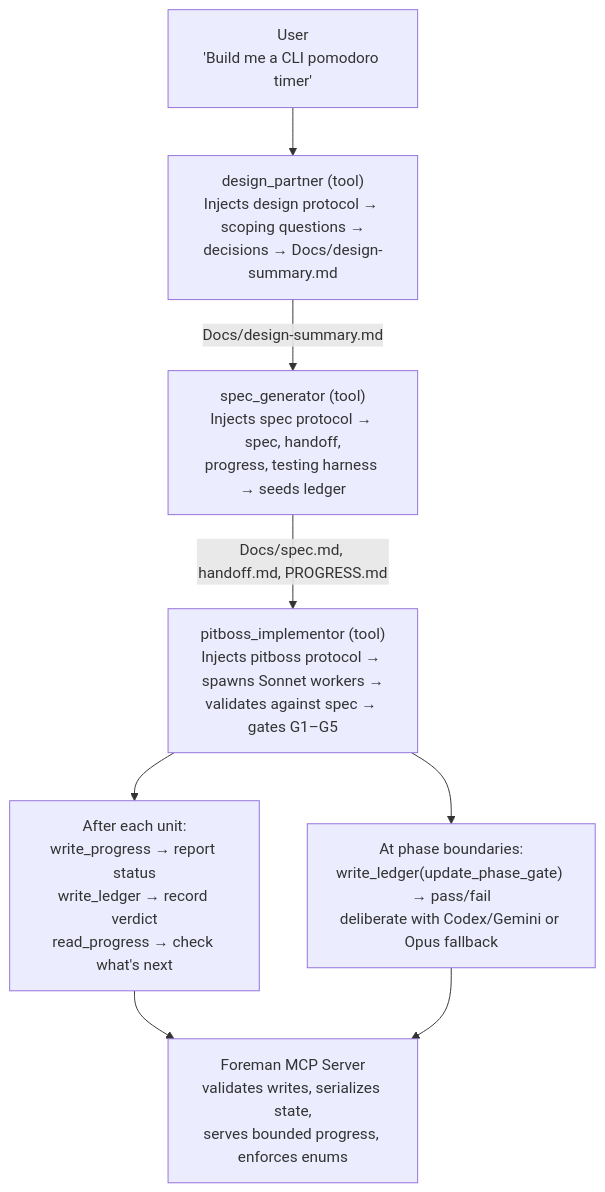
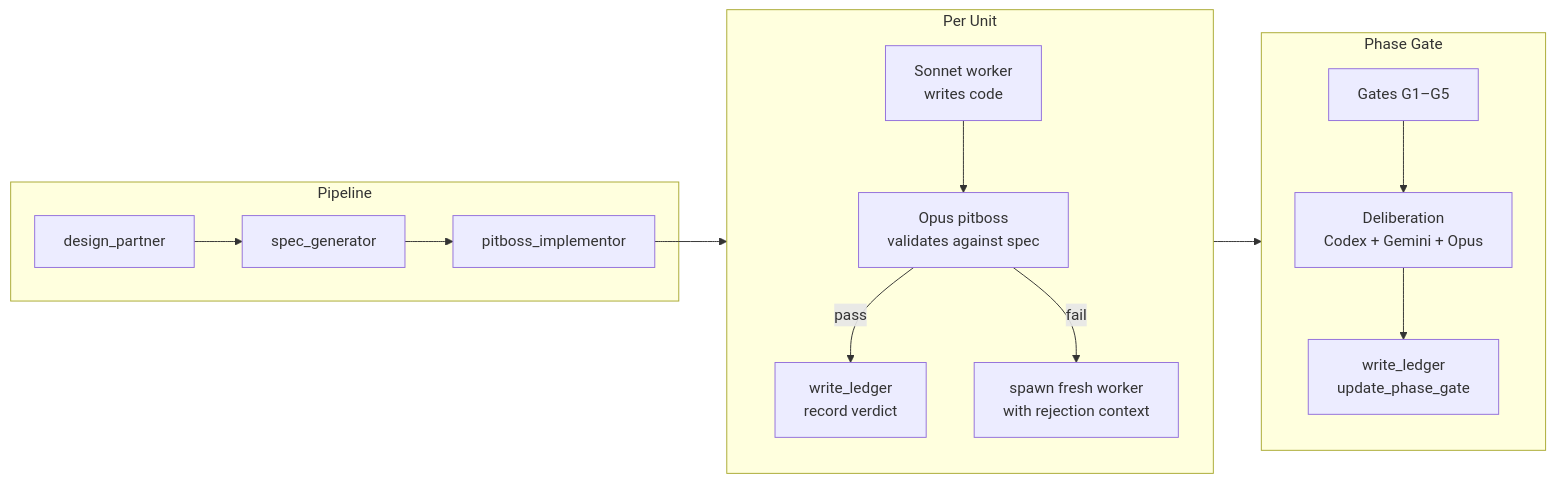
The first of 2 diagrams in README.md (malindarathnayake/Foreman), drawn with Mermaid before and after one commit. The commit also changed other lines of this file, not shown here.

````diff
--- a/README.md
+++ b/README.md
@@ -55,18 +68,22 @@
 ```mermaid
-flowchart TD
-    User["User<br/>'Build me a CLI pomodoro timer'"]
-    DP["design_partner (tool)<br/>Injects design protocol → scoping questions →<br/>decisions → Docs/design-summary.md"]
-    SG["spec_generator (tool)<br/>Injects spec protocol → spec, handoff,<br/>progress, testing harness → seeds ledger"]
-    IMP["pitboss_implementor (tool)<br/>Injects pitboss protocol → spawns Sonnet workers →<br/>validates against spec → gates G1–G5"]
-    LOOP["After each unit:<br/>write_progress → report status<br/>write_ledger → record verdict<br/>read_progress → check what's next"]
-    GATE["At phase boundaries:<br/>write_ledger(update_phase_gate) → pass/fail<br/>deliberate with Codex/Gemini or Opus fallback"]
-    FMN["Foreman MCP Server<br/>validates writes, serializes state,<br/>serves bounded progress, enforces enums"]
+flowchart LR
+    subgraph Pipeline
+        DP["design_partner"] --> SG["spec_generator"] --> PI["pitboss_implementor"]
+    end
 
-    User --> DP
-    DP -->|"Docs/design-summary.md"| SG
-    SG -->|"Docs/spec.md, handoff.md, PROGRESS.md"| IMP
-    IMP --> LOOP
-    IMP --> GATE
-    LOOP --> FMN
-    GATE --> FMN
+    subgraph "Per Unit"
+        direction TB
+        W["Sonnet worker<br/>writes code"] --> V["Opus pitboss<br/>validates against spec"]
+        V -->|pass| L["write_ledger<br/>record verdict"]
+        V -->|fail| R["spawn fresh worker<br/>with rejection context"]
+    end
+
+    subgraph "Phase Gate"
+        direction TB
+        G1["Gates G1–G5"] --> D["Deliberation<br/>Codex + Gemini + Opus"]
+        D --> PG["write_ledger<br/>update_phase_gate"]
+    end
+
+    PI --> W
+    L --> G1
 ```
````
